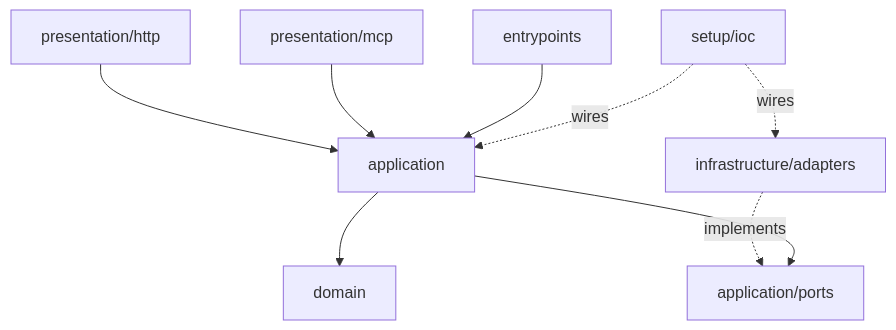
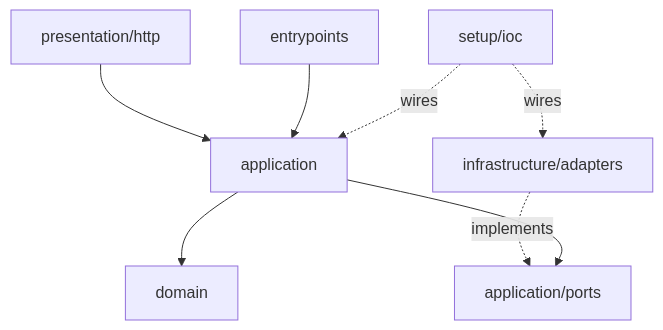
The diagram in README.md (archievega/evenkeel), drawn with Mermaid before and after one commit. The commit also changed other lines of this file, not shown here.

````diff
--- a/README.md
+++ b/README.md
@@ -61,11 +62,10 @@
 ```mermaid
 flowchart TD
     HTTP[presentation/http] --> APP[application]
-    MCP[presentation/mcp] --> APP
     CLI[entrypoints] --> APP
     APP --> DOM[domain]
     INFRA[infrastructure/adapters] -.implements.-> PORTS[application/ports]
     APP --> PORTS
     SETUP[setup/ioc] -.wires.-> INFRA
     SETUP -.wires.-> APP
 ```
````
